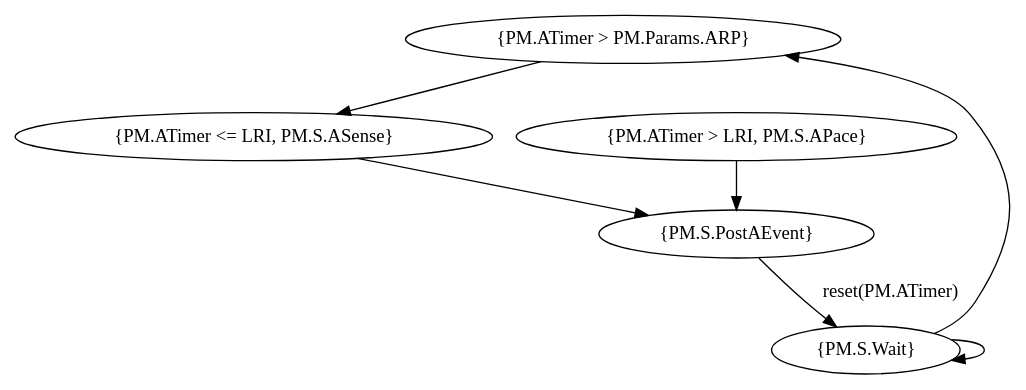
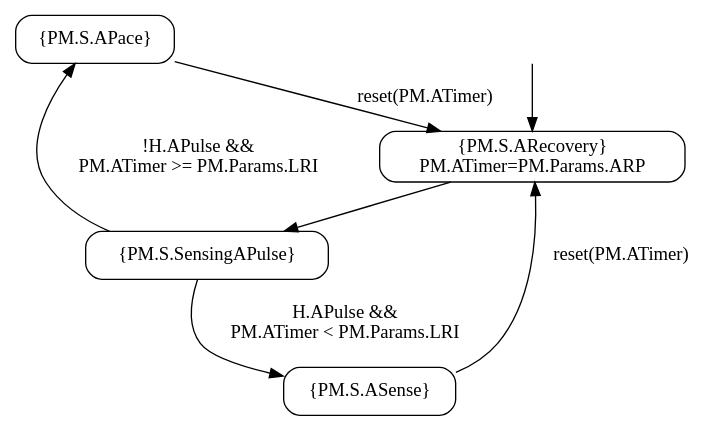
The diagram in pacemaker-case-study/pacemaker-model/Modes/aai.dot (juodaspaulius/BehavioralClafer), drawn with Graphviz before and after one commit. The commit also changed 13 other files, not shown here.

```diff
--- a/pacemaker-case-study/pacemaker-model/Modes/aai.dot
+++ b/pacemaker-case-study/pacemaker-model/Modes/aai.dot
@@ -1,14 +1,21 @@
 digraph{
-  1 [label="{PM.ATimer > PM.Params.ARP}"];
-  2 [label="{PM.ATimer <= LRI, PM.S.ASense}"];
-  3 [label="{PM.ATimer > LRI, PM.S.APace}"];
-  4 [label="{PM.S.PostAEvent}"];
-  5 [label="{PM.S.Wait}"];
+  splines=true;
+  sep="+25,25";
+overlap=scalexy;
+nodesep=0.6;
+	node [style=rounded shape=box];
 
-  1 -> 2 
-  2 -> 4
-  3 -> 4  
-  4 -> 5 [label="reset(PM.ATimer)"]  
-  5 -> 5
-  5 -> 1
+  1 [label="{PM.S.APace}"];
+  2 [label="{PM.S.ARecovery}\n PM.ATimer=PM.Params.ARP"];
+  3 [label="{PM.S.ASense}"];
+  4 [label="{PM.S.SensingAPulse}"];
+  hidden [style=invis];
+
+  hidden -> 2;
+  1 -> 2 [label="reset(PM.ATimer)"];
+  3 -> 2 [label="reset(PM.ATimer)"];
+  2 -> 4 
+4 -> 1 [label="!H.APulse &&\n PM.ATimer >= PM.Params.LRI"];
+4 -> 3 [label = "H.APulse &&\n PM.ATimer < PM.Params.LRI"]
+
 }
```
